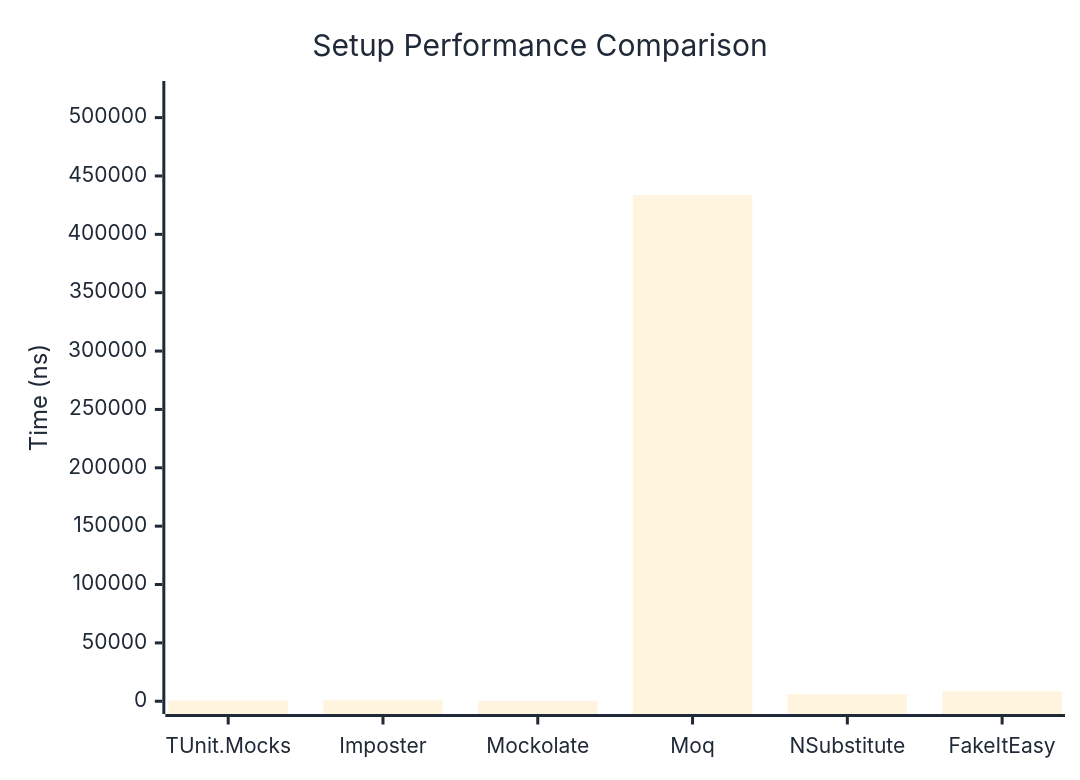
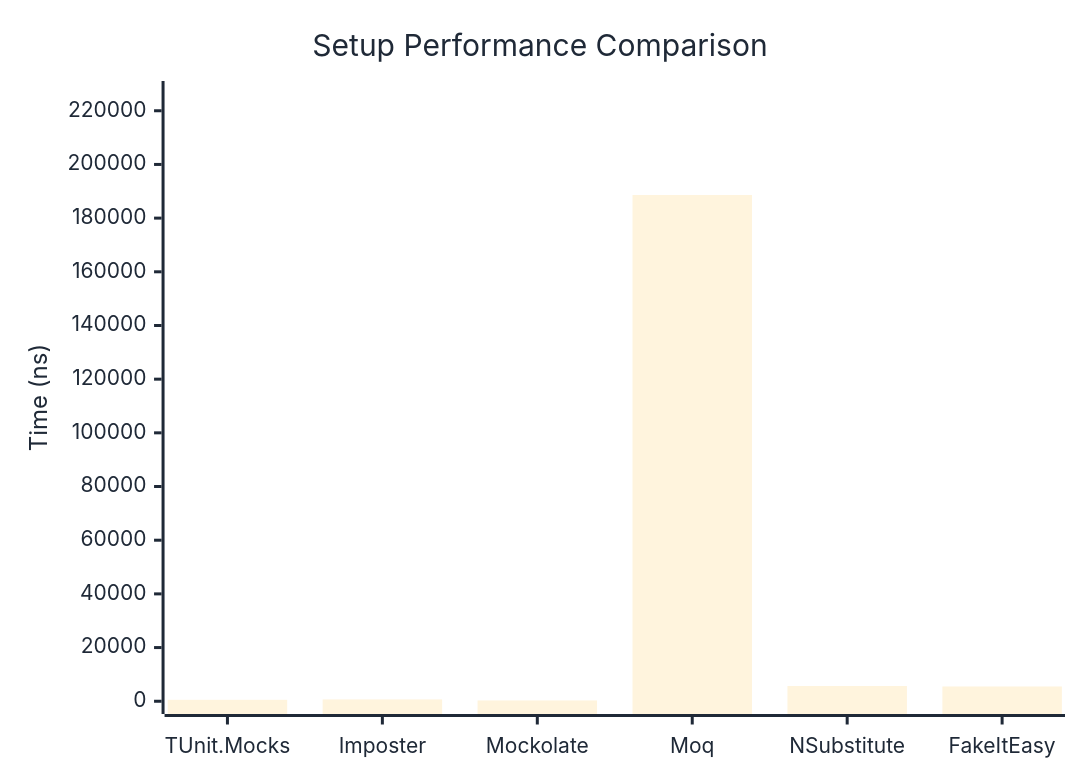
The first of 2 diagrams in docs/docs/benchmarks/mocks/Setup.md (thomhurst/TUnit), drawn with Mermaid before and after one commit. The commit also changed other lines of this file and 14 other files, not shown here.

````diff
--- a/docs/docs/benchmarks/mocks/Setup.md
+++ b/docs/docs/benchmarks/mocks/Setup.md
@@ -30,27 +30,27 @@
 ```mermaid
 %%{init: {
   'theme':'base',
   'themeVariables': {
     'primaryColor': '#2563eb',
     'primaryTextColor': '#1f2937',
     'primaryBorderColor': '#1e40af',
     'lineColor': '#6b7280',
     'secondaryColor': '#7c3aed',
     'tertiaryColor': '#dc2626',
     'background': '#ffffff',
     'pie1': '#2563eb',
     'pie2': '#7c3aed',
     'pie3': '#dc2626',
     'pie4': '#f59e0b',
     'pie5': '#10b981',
     'pie6': '#06b6d4',
     'pie7': '#ec4899',
     'pie8': '#6366f1'
   }
 }}%%
 xychart-beta
   title "Setup Performance Comparison"
   x-axis ["TUnit.Mocks", "Imposter", "Mockolate", "Moq", "NSubstitute", "FakeItEasy"]
-  y-axis "Time (ns)" 0 --> 520444
-  bar [507.1, 786.7, 298.4, 433702.9, 6057.1, 8423.1]
+  y-axis "Time (ns)" 0 --> 226337
+  bar [532.4, 683.9, 301.6, 188613.6, 5683.3, 5505.9]
 ```
````
